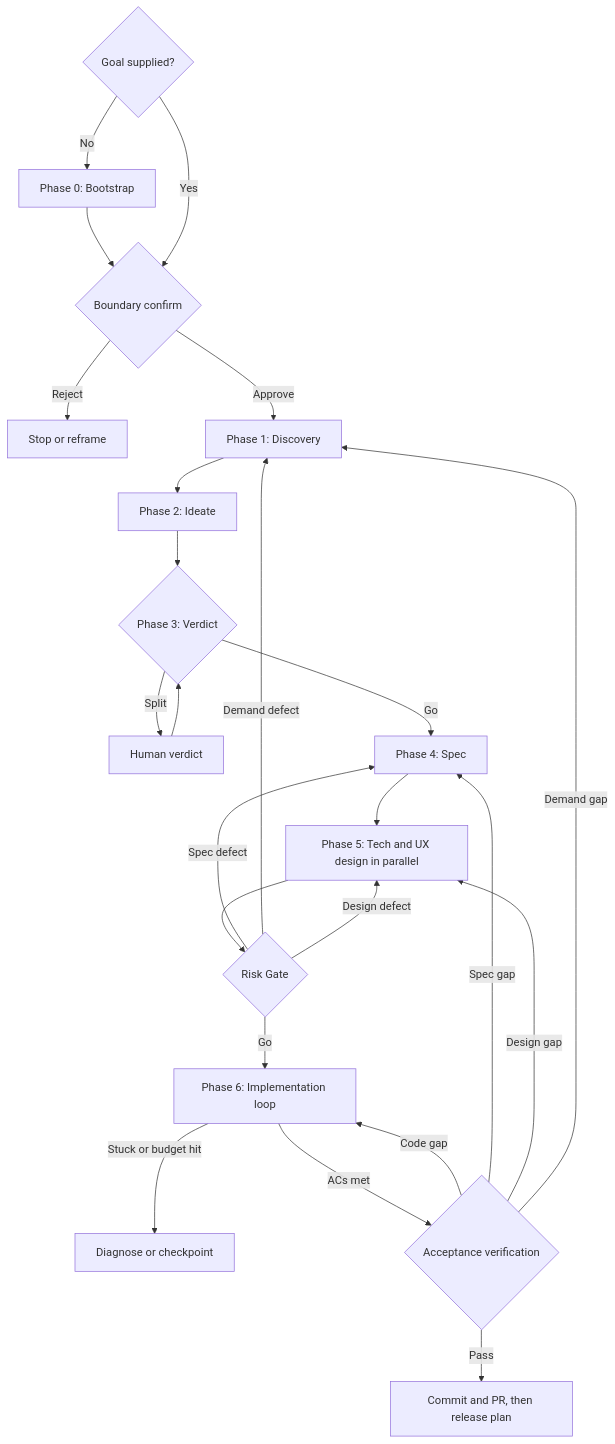
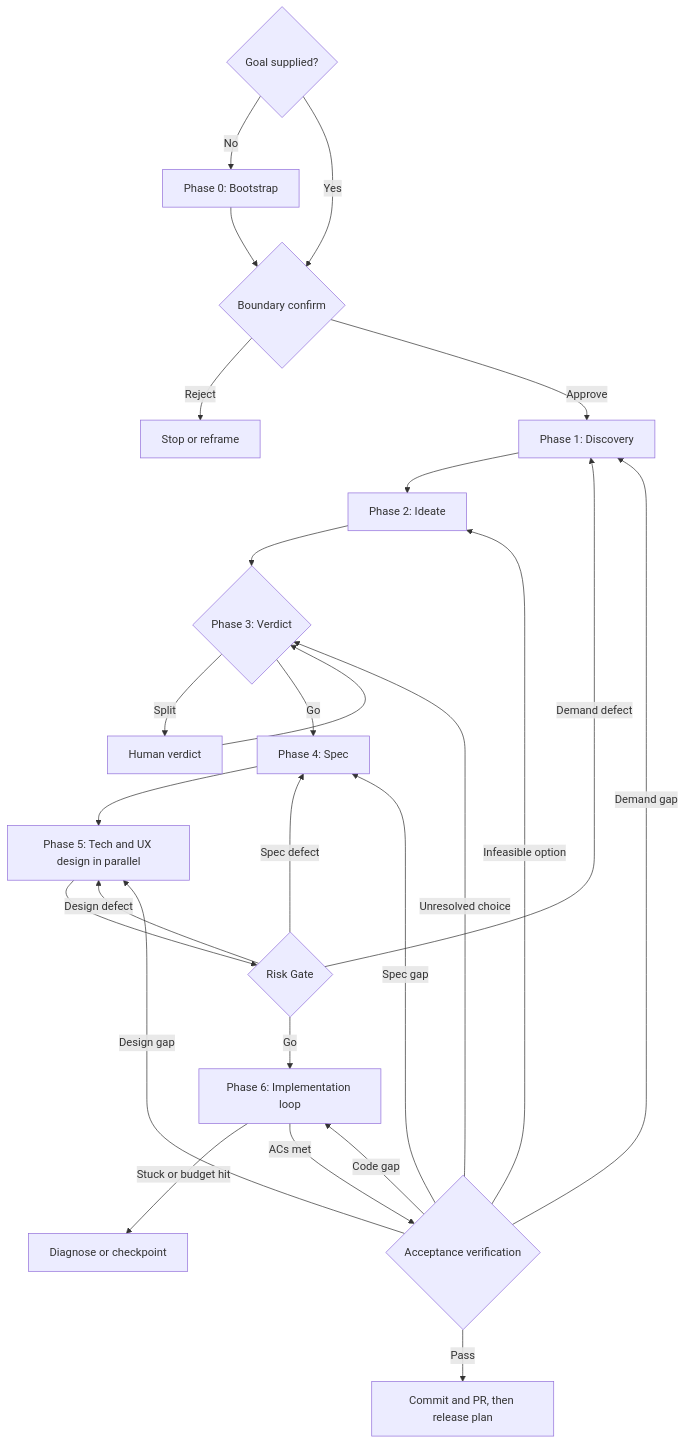
The diagram in skills/feature-lifecycle/reference/phase-contracts.md (simota/feature-lifecycle-skill), drawn with Mermaid before and after one commit. The commit also changed other lines of this file and 7 other files, not shown here.

````diff
--- a/skills/feature-lifecycle/reference/phase-contracts.md
+++ b/skills/feature-lifecycle/reference/phase-contracts.md
@@ -263,28 +263,30 @@
 ```mermaid
 flowchart TD
     INPUT{Goal supplied?}
     INPUT -->|No| P0[Phase 0: Bootstrap]
     P0 --> CONFIRM{Boundary confirm}
     CONFIRM -->|Reject| STOP[Stop or reframe]
     CONFIRM -->|Approve| P1
     INPUT -->|Yes| CONFIRM
     P1[Phase 1: Discovery]
     P1 --> P2[Phase 2: Ideate]
     P2 --> P3{Phase 3: Verdict}
     P3 -->|Split| REVIEW[Human verdict]
     REVIEW --> P3
     P3 -->|Go| P4[Phase 4: Spec]
     P4 --> P5[Phase 5: Tech and UX design in parallel]
     P5 --> RISK{Risk Gate}
     RISK -->|Spec defect| P4
     RISK -->|Demand defect| P1
     RISK -->|Design defect| P5
     RISK -->|Go| P6[Phase 6: Implementation loop]
     P6 -->|Stuck or budget hit| ESCALATE[Diagnose or checkpoint]
     P6 -->|ACs met| VERIFY{Acceptance verification}
     VERIFY -->|Code gap| P6
     VERIFY -->|Spec gap| P4
     VERIFY -->|Design gap| P5
     VERIFY -->|Demand gap| P1
+    VERIFY -->|Infeasible option| P2
+    VERIFY -->|Unresolved choice| P3
     VERIFY -->|Pass| SHIP[Commit and PR, then release plan]
 ```
````
